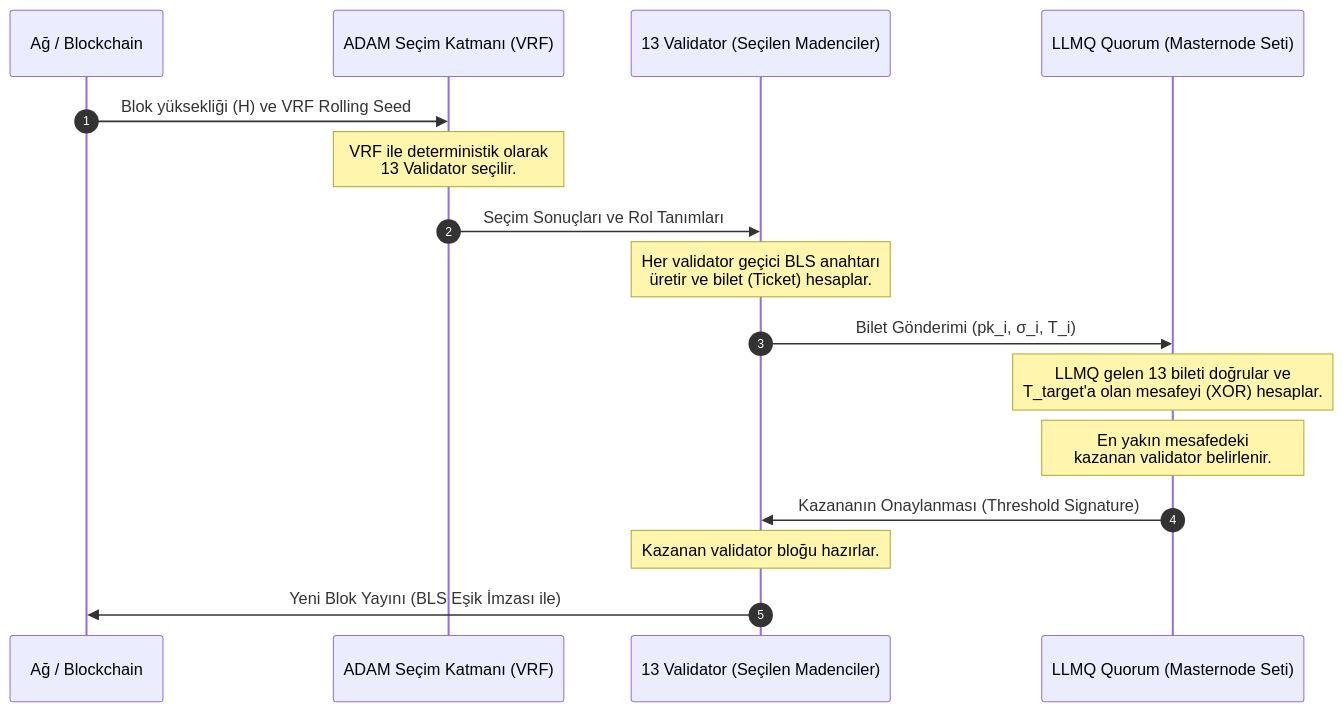
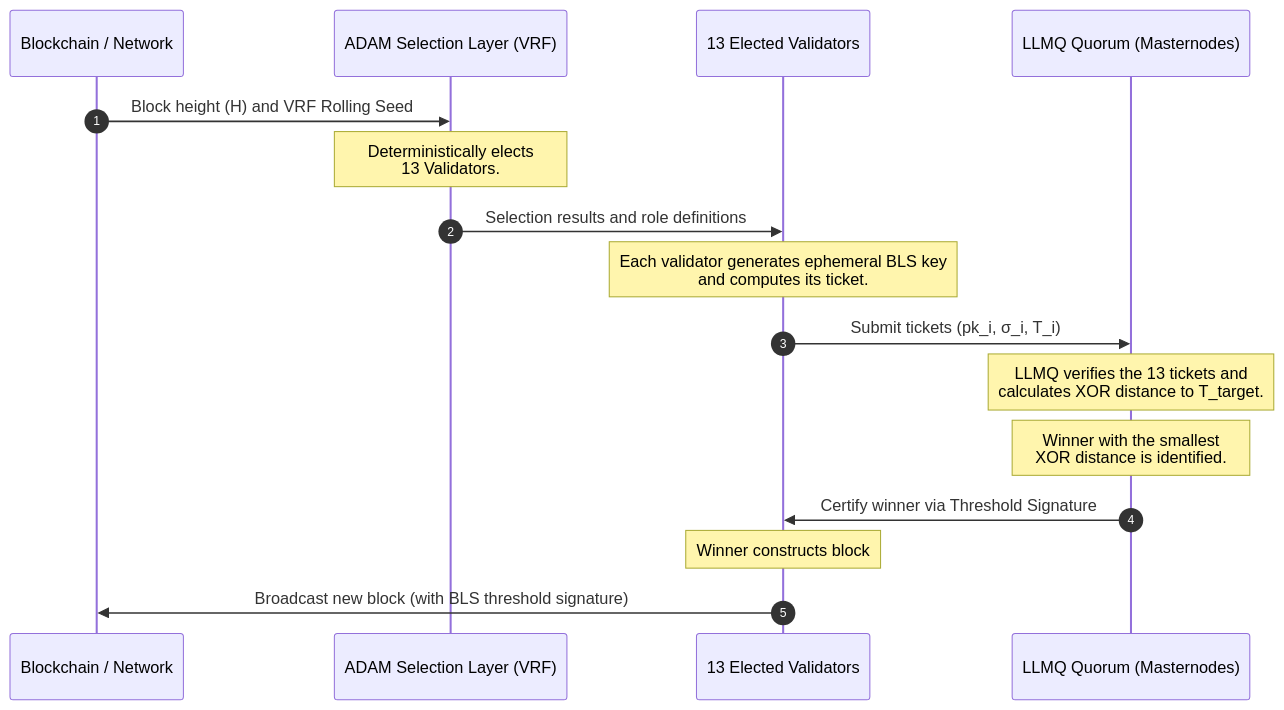
Before and after one commit to bedri/KristaTech-KRISTA: the diagram in doc/PoBLS_Consensus.md, drawn with Mermaid. The commit also changed other lines of this file and 3 other files, not shown here.

````diff
--- a/doc/PoBLS_Consensus.md
+++ b/doc/PoBLS_Consensus.md
@@ -91,22 +91,22 @@
 ```mermaid
 sequenceDiagram
     autonumber
-    participant Network as Ağ / Blockchain
-    participant ADAM as ADAM Seçim Katmanı (VRF)
-    participant Validators as 13 Validator (Seçilen Madenciler)
-    participant LLMQ as LLMQ Quorum (Masternode Seti)
+    participant Network as Blockchain / Network
+    participant ADAM as ADAM Selection Layer (VRF)
+    participant Validators as 13 Elected Validators
+    participant LLMQ as LLMQ Quorum (Masternodes)
     
-    Network->>ADAM: Blok yüksekliği (H) ve VRF Rolling Seed
-    Note over ADAM: VRF ile deterministik olarak<br/>13 Validator seçilir.
-    ADAM->>Validators: Seçim Sonuçları ve Rol Tanımları
+    Network->>ADAM: Block height (H) and VRF Rolling Seed
+    Note over ADAM: Deterministically elects<br/>13 Validators.
+    ADAM->>Validators: Selection results and role definitions
     
-    Note over Validators: Her validator geçici BLS anahtarı<br/>üretir ve bilet (Ticket) hesaplar.
-    Validators->>LLMQ: Bilet Gönderimi (pk_i, σ_i, T_i)
+    Note over Validators: Each validator generates ephemeral BLS key<br/>and computes its ticket.
+    Validators->>LLMQ: Submit tickets (pk_i, σ_i, T_i)
     
-    Note over LLMQ: LLMQ gelen 13 bileti doğrular ve<br/>T_target'a olan mesafeyi (XOR) hesaplar.
-    Note over LLMQ: En yakın mesafedeki<br/>kazanan validator belirlenir.
-    LLMQ->>Validators: Kazananın Onaylanması (Threshold Signature)
+    Note over LLMQ: LLMQ verifies the 13 tickets and<br/>calculates XOR distance to T_target.
+    Note over LLMQ: Winner with the smallest<br/>XOR distance is identified.
+    LLMQ->>Validators: Certify winner via Threshold Signature
     
-    Note over Validators: Kazanan validator bloğu hazırlar.
-    Validators->>Network: Yeni Blok Yayını (BLS Eşik İmzası ile)
+    Note over Validators: Winner constructs block
+    Validators->>Network: Broadcast new block (with BLS threshold signature)
 ```
````
